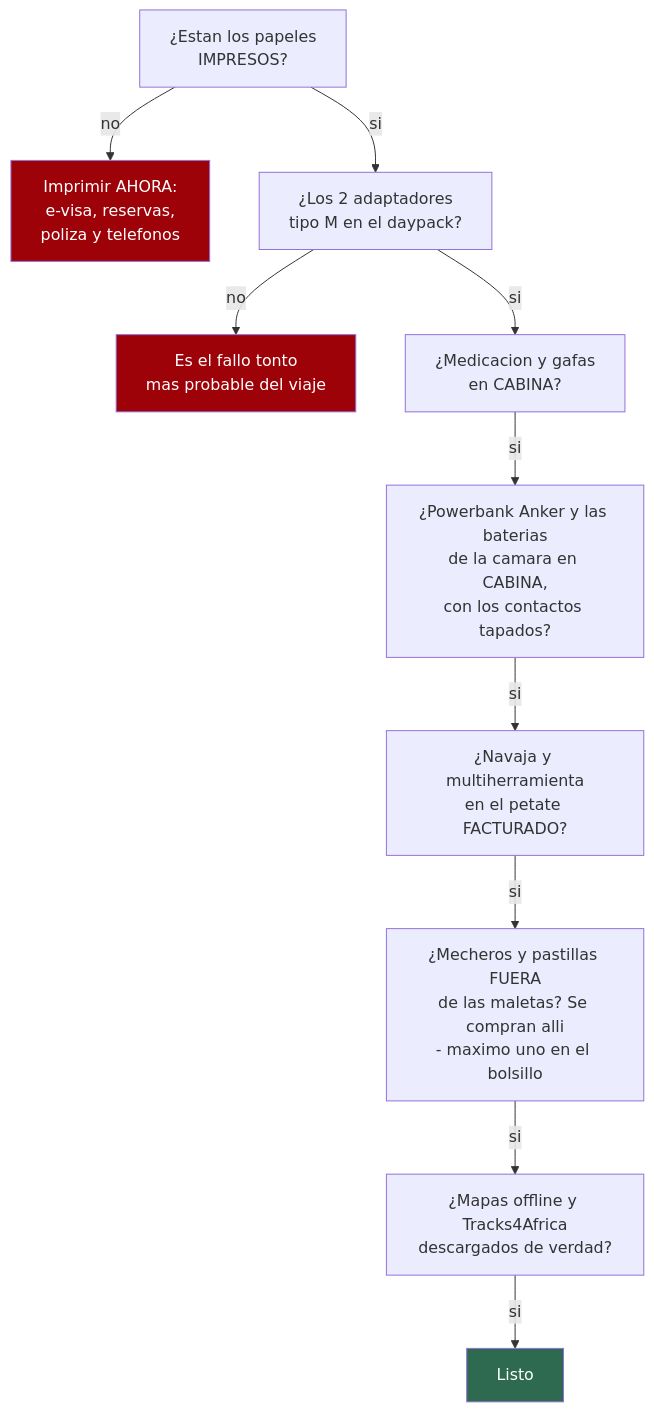
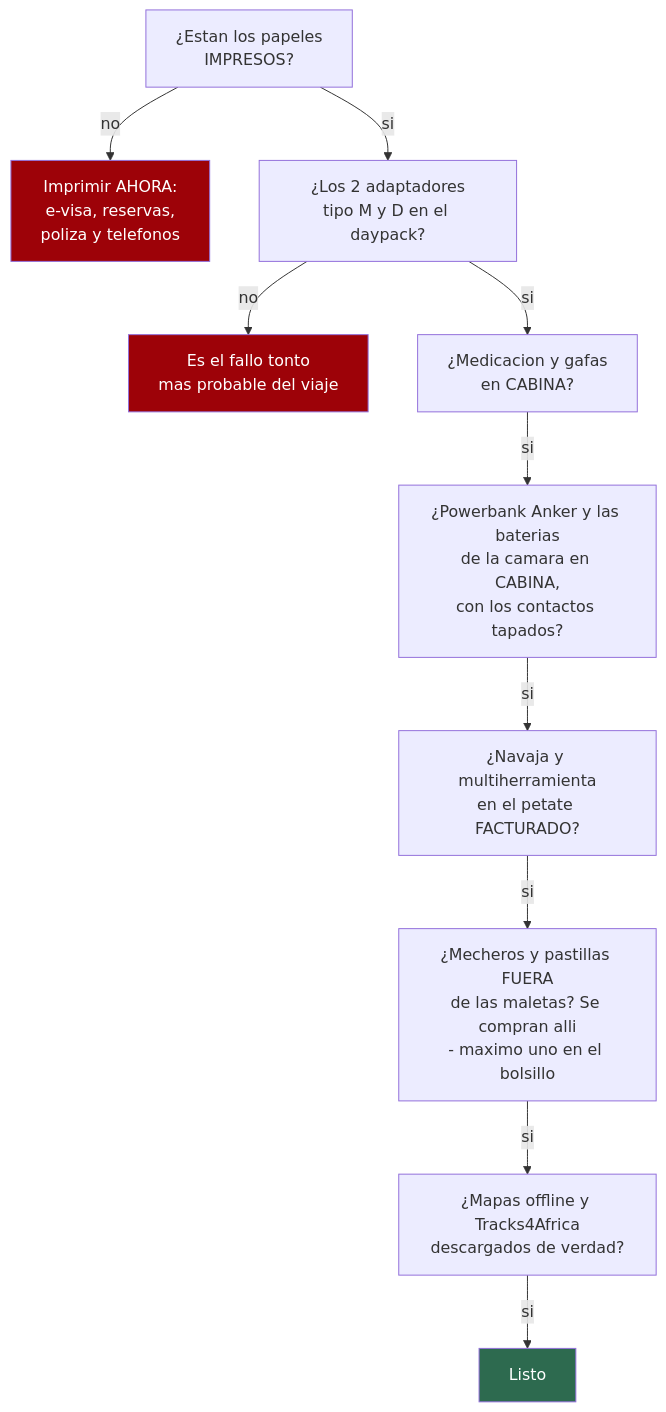
One commit to morandeirachema/namibia changed the second of 2 diagrams in 17-lista-de-equipaje.md. Above: the diagram before and after it, drawn with Mermaid. The commit also changed other lines of this file and 24 other files, not shown here.

````diff
--- a/17-lista-de-equipaje.md
+++ b/17-lista-de-equipaje.md
@@ -635,15 +636,15 @@
 ```mermaid
 flowchart TD
     A["¿Estan los papeles<br/>IMPRESOS?"] -->|"no"| A1["Imprimir AHORA:<br/>e-visa, reservas,<br/>poliza y telefonos"]
-    A -->|"si"| B["¿Los 2 adaptadores<br/>tipo M en el daypack?"]
+    A -->|"si"| B["¿Los 2 adaptadores<br/>tipo M y D en el daypack?"]
     B -->|"no"| B1["Es el fallo tonto<br/>mas probable del viaje"]
     B -->|"si"| C["¿Medicacion y gafas<br/>en CABINA?"]
     C -->|"si"| C2["¿Powerbank Anker y las baterias<br/>de la camara en CABINA,<br/>con los contactos tapados?"]
     C2 -->|"si"| D["¿Navaja y multiherramienta<br/>en el petate FACTURADO?"]
     D -->|"si"| G["¿Mecheros y pastillas FUERA<br/>de las maletas? Se compran alli<br/>- maximo uno en el bolsillo"]
     G -->|"si"| E["¿Mapas offline y Tracks4Africa<br/>descargados de verdad?"]
     E -->|"si"| F["Listo"]
     style A1 fill:#9d0208,color:#fff
     style B1 fill:#9d0208,color:#fff
     style F fill:#2d6a4f,color:#fff
 ```
````
